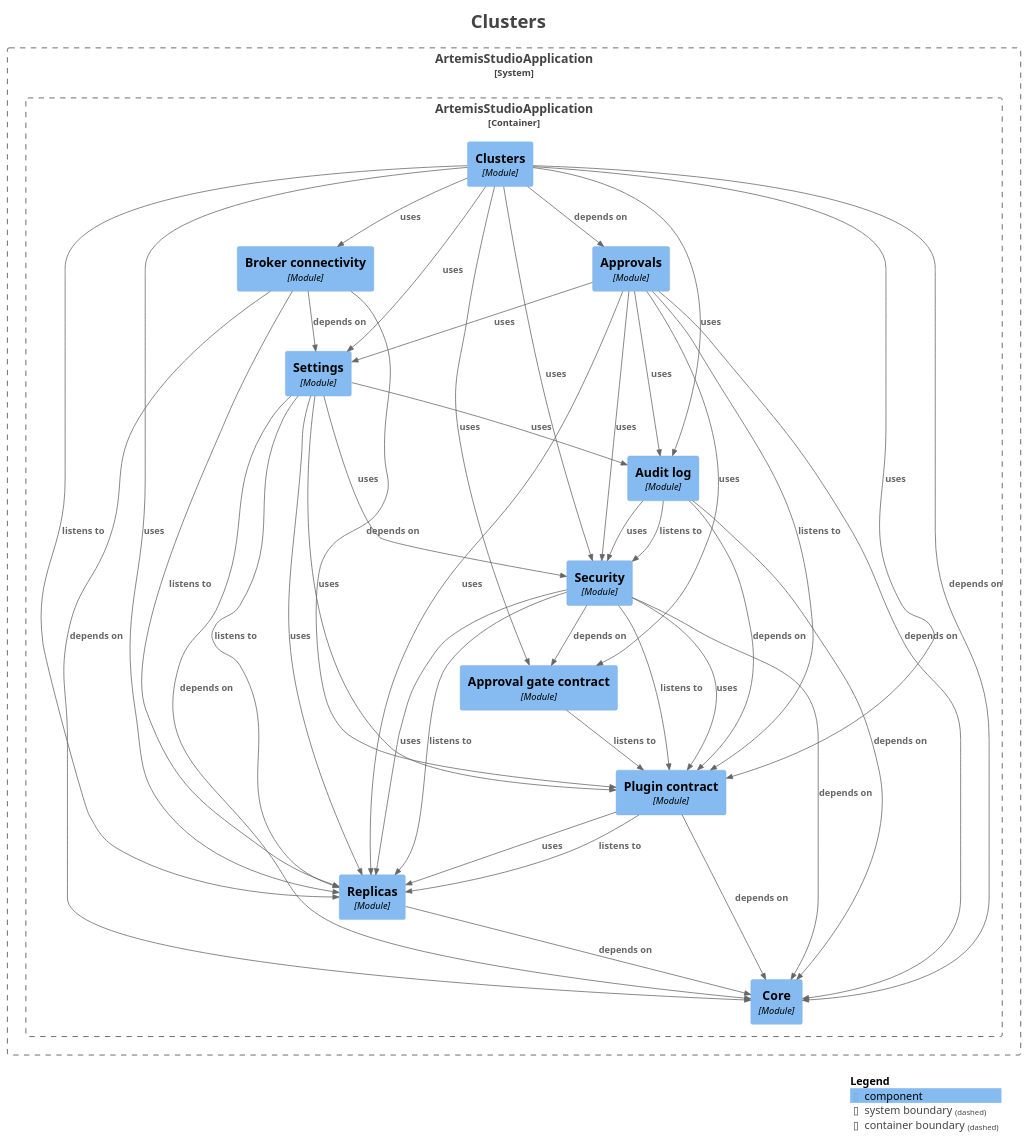
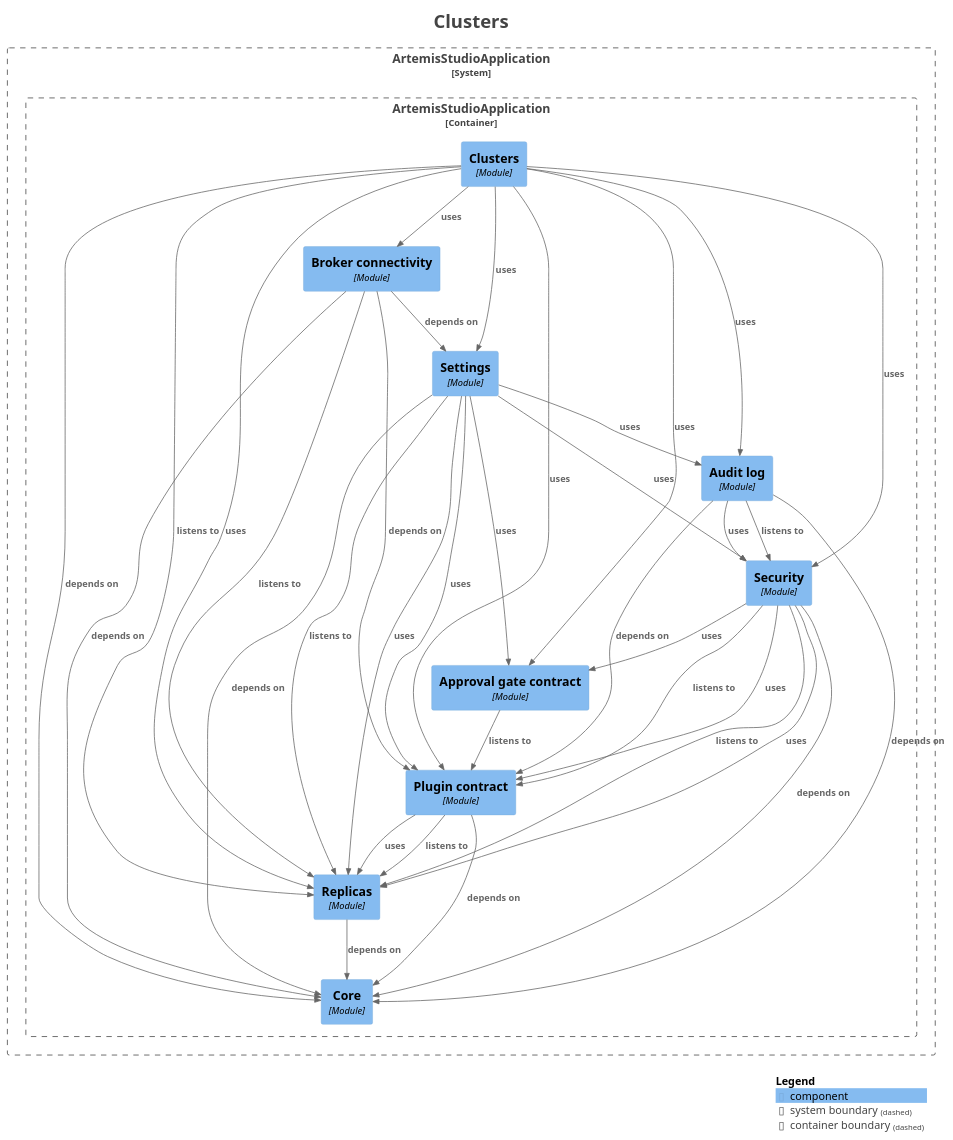
One commit to sudoitir/artemis-studio changed the diagram in docs/modules/module-platform.clusters.puml. Above: the diagram before and after it, drawn with PlantUML. The commit also changed 13 other files, not shown here.

Commit message:
docs(modules): regenerate the module diagrams for the gate contract's held response and leases

```diff
--- a/docs/modules/module-platform.clusters.puml
+++ b/docs/modules/module-platform.clusters.puml
@@ -1,79 +1,71 @@
 @startuml
 title <size:24>Clusters</size>
 
 set separator none
 top to bottom direction
 
 <style>
   root {
     BackgroundColor: #ffffff
     FontColor: #444444
   }
 </style>
 
 !include <C4/C4>
 !include <C4/C4_Context>
 !include <C4/C4_Component>
 
 System_Boundary("ArtemisStudioApplication_boundary", "ArtemisStudioApplication", $tags="") {
   Container_Boundary("ArtemisStudioApplication.ArtemisStudioApplication_boundary", "ArtemisStudioApplication", $tags="") {
     Component(ArtemisStudioApplication.ArtemisStudioApplication.Approvalgatecontract, "Approval gate contract", $techn="Module", $descr="", $tags="", $link="")
-    Component(ArtemisStudioApplication.ArtemisStudioApplication.Approvals, "Approvals", $techn="Module", $descr="", $tags="", $link="")
     Component(ArtemisStudioApplication.ArtemisStudioApplication.Auditlog, "Audit log", $techn="Module", $descr="", $tags="", $link="")
     Component(ArtemisStudioApplication.ArtemisStudioApplication.Brokerconnectivity, "Broker connectivity", $techn="Module", $descr="", $tags="", $link="")
     Component(ArtemisStudioApplication.ArtemisStudioApplication.Clusters, "Clusters", $techn="Module", $descr="", $tags="", $link="")
     Component(ArtemisStudioApplication.ArtemisStudioApplication.Core, "Core", $techn="Module", $descr="", $tags="", $link="")
     Component(ArtemisStudioApplication.ArtemisStudioApplication.Plugincontract, "Plugin contract", $techn="Module", $descr="", $tags="", $link="")
     Component(ArtemisStudioApplication.ArtemisStudioApplication.Replicas, "Replicas", $techn="Module", $descr="", $tags="", $link="")
     Component(ArtemisStudioApplication.ArtemisStudioApplication.Security, "Security", $techn="Module", $descr="", $tags="", $link="")
     Component(ArtemisStudioApplication.ArtemisStudioApplication.Settings, "Settings", $techn="Module", $descr="", $tags="", $link="")
   }
 
 }
 
 Rel(ArtemisStudioApplication.ArtemisStudioApplication.Approvalgatecontract, ArtemisStudioApplication.ArtemisStudioApplication.Plugincontract, "listens to", $techn="", $tags="", $link="")
-Rel(ArtemisStudioApplication.ArtemisStudioApplication.Approvals, ArtemisStudioApplication.ArtemisStudioApplication.Approvalgatecontract, "uses", $techn="", $tags="", $link="")
-Rel(ArtemisStudioApplication.ArtemisStudioApplication.Approvals, ArtemisStudioApplication.ArtemisStudioApplication.Auditlog, "uses", $techn="", $tags="", $link="")
-Rel(ArtemisStudioApplication.ArtemisStudioApplication.Approvals, ArtemisStudioApplication.ArtemisStudioApplication.Core, "depends on", $techn="", $tags="", $link="")
-Rel(ArtemisStudioApplication.ArtemisStudioApplication.Approvals, ArtemisStudioApplication.ArtemisStudioApplication.Plugincontract, "listens to", $techn="", $tags="", $link="")
-Rel(ArtemisStudioApplication.ArtemisStudioApplication.Approvals, ArtemisStudioApplication.ArtemisStudioApplication.Replicas, "uses", $techn="", $tags="", $link="")
-Rel(ArtemisStudioApplication.ArtemisStudioApplication.Approvals, ArtemisStudioApplication.ArtemisStudioApplication.Security, "uses", $techn="", $tags="", $link="")
-Rel(ArtemisStudioApplication.ArtemisStudioApplication.Approvals, ArtemisStudioApplication.ArtemisStudioApplication.Settings, "uses", $techn="", $tags="", $link="")
 Rel(ArtemisStudioApplication.ArtemisStudioApplication.Auditlog, ArtemisStudioApplication.ArtemisStudioApplication.Core, "depends on", $techn="", $tags="", $link="")
 Rel(ArtemisStudioApplication.ArtemisStudioApplication.Auditlog, ArtemisStudioApplication.ArtemisStudioApplication.Plugincontract, "depends on", $techn="", $tags="", $link="")
 Rel(ArtemisStudioApplication.ArtemisStudioApplication.Auditlog, ArtemisStudioApplication.ArtemisStudioApplication.Security, "listens to", $techn="", $tags="", $link="")
 Rel(ArtemisStudioApplication.ArtemisStudioApplication.Auditlog, ArtemisStudioApplication.ArtemisStudioApplication.Security, "uses", $techn="", $tags="", $link="")
 Rel(ArtemisStudioApplication.ArtemisStudioApplication.Brokerconnectivity, ArtemisStudioApplication.ArtemisStudioApplication.Core, "depends on", $techn="", $tags="", $link="")
 Rel(ArtemisStudioApplication.ArtemisStudioApplication.Brokerconnectivity, ArtemisStudioApplication.ArtemisStudioApplication.Plugincontract, "depends on", $techn="", $tags="", $link="")
 Rel(ArtemisStudioApplication.ArtemisStudioApplication.Brokerconnectivity, ArtemisStudioApplication.ArtemisStudioApplication.Replicas, "listens to", $techn="", $tags="", $link="")
 Rel(ArtemisStudioApplication.ArtemisStudioApplication.Brokerconnectivity, ArtemisStudioApplication.ArtemisStudioApplication.Settings, "depends on", $techn="", $tags="", $link="")
 Rel(ArtemisStudioApplication.ArtemisStudioApplication.Clusters, ArtemisStudioApplication.ArtemisStudioApplication.Approvalgatecontract, "uses", $techn="", $tags="", $link="")
-Rel(ArtemisStudioApplication.ArtemisStudioApplication.Clusters, ArtemisStudioApplication.ArtemisStudioApplication.Approvals, "depends on", $techn="", $tags="", $link="")
 Rel(ArtemisStudioApplication.ArtemisStudioApplication.Clusters, ArtemisStudioApplication.ArtemisStudioApplication.Auditlog, "uses", $techn="", $tags="", $link="")
 Rel(ArtemisStudioApplication.ArtemisStudioApplication.Clusters, ArtemisStudioApplication.ArtemisStudioApplication.Brokerconnectivity, "uses", $techn="", $tags="", $link="")
 Rel(ArtemisStudioApplication.ArtemisStudioApplication.Clusters, ArtemisStudioApplication.ArtemisStudioApplication.Core, "depends on", $techn="", $tags="", $link="")
 Rel(ArtemisStudioApplication.ArtemisStudioApplication.Clusters, ArtemisStudioApplication.ArtemisStudioApplication.Plugincontract, "uses", $techn="", $tags="", $link="")
 Rel(ArtemisStudioApplication.ArtemisStudioApplication.Clusters, ArtemisStudioApplication.ArtemisStudioApplication.Replicas, "listens to", $techn="", $tags="", $link="")
 Rel(ArtemisStudioApplication.ArtemisStudioApplication.Clusters, ArtemisStudioApplication.ArtemisStudioApplication.Replicas, "uses", $techn="", $tags="", $link="")
 Rel(ArtemisStudioApplication.ArtemisStudioApplication.Clusters, ArtemisStudioApplication.ArtemisStudioApplication.Security, "uses", $techn="", $tags="", $link="")
 Rel(ArtemisStudioApplication.ArtemisStudioApplication.Clusters, ArtemisStudioApplication.ArtemisStudioApplication.Settings, "uses", $techn="", $tags="", $link="")
 Rel(ArtemisStudioApplication.ArtemisStudioApplication.Plugincontract, ArtemisStudioApplication.ArtemisStudioApplication.Core, "depends on", $techn="", $tags="", $link="")
 Rel(ArtemisStudioApplication.ArtemisStudioApplication.Plugincontract, ArtemisStudioApplication.ArtemisStudioApplication.Replicas, "listens to", $techn="", $tags="", $link="")
 Rel(ArtemisStudioApplication.ArtemisStudioApplication.Plugincontract, ArtemisStudioApplication.ArtemisStudioApplication.Replicas, "uses", $techn="", $tags="", $link="")
 Rel(ArtemisStudioApplication.ArtemisStudioApplication.Replicas, ArtemisStudioApplication.ArtemisStudioApplication.Core, "depends on", $techn="", $tags="", $link="")
-Rel(ArtemisStudioApplication.ArtemisStudioApplication.Security, ArtemisStudioApplication.ArtemisStudioApplication.Approvalgatecontract, "depends on", $techn="", $tags="", $link="")
+Rel(ArtemisStudioApplication.ArtemisStudioApplication.Security, ArtemisStudioApplication.ArtemisStudioApplication.Approvalgatecontract, "uses", $techn="", $tags="", $link="")
 Rel(ArtemisStudioApplication.ArtemisStudioApplication.Security, ArtemisStudioApplication.ArtemisStudioApplication.Core, "depends on", $techn="", $tags="", $link="")
 Rel(ArtemisStudioApplication.ArtemisStudioApplication.Security, ArtemisStudioApplication.ArtemisStudioApplication.Plugincontract, "listens to", $techn="", $tags="", $link="")
 Rel(ArtemisStudioApplication.ArtemisStudioApplication.Security, ArtemisStudioApplication.ArtemisStudioApplication.Plugincontract, "uses", $techn="", $tags="", $link="")
 Rel(ArtemisStudioApplication.ArtemisStudioApplication.Security, ArtemisStudioApplication.ArtemisStudioApplication.Replicas, "listens to", $techn="", $tags="", $link="")
 Rel(ArtemisStudioApplication.ArtemisStudioApplication.Security, ArtemisStudioApplication.ArtemisStudioApplication.Replicas, "uses", $techn="", $tags="", $link="")
+Rel(ArtemisStudioApplication.ArtemisStudioApplication.Settings, ArtemisStudioApplication.ArtemisStudioApplication.Approvalgatecontract, "uses", $techn="", $tags="", $link="")
 Rel(ArtemisStudioApplication.ArtemisStudioApplication.Settings, ArtemisStudioApplication.ArtemisStudioApplication.Auditlog, "uses", $techn="", $tags="", $link="")
 Rel(ArtemisStudioApplication.ArtemisStudioApplication.Settings, ArtemisStudioApplication.ArtemisStudioApplication.Core, "depends on", $techn="", $tags="", $link="")
 Rel(ArtemisStudioApplication.ArtemisStudioApplication.Settings, ArtemisStudioApplication.ArtemisStudioApplication.Plugincontract, "uses", $techn="", $tags="", $link="")
 Rel(ArtemisStudioApplication.ArtemisStudioApplication.Settings, ArtemisStudioApplication.ArtemisStudioApplication.Replicas, "listens to", $techn="", $tags="", $link="")
 Rel(ArtemisStudioApplication.ArtemisStudioApplication.Settings, ArtemisStudioApplication.ArtemisStudioApplication.Replicas, "uses", $techn="", $tags="", $link="")
 Rel(ArtemisStudioApplication.ArtemisStudioApplication.Settings, ArtemisStudioApplication.ArtemisStudioApplication.Security, "uses", $techn="", $tags="", $link="")
 
 SHOW_LEGEND(true)
 hide stereotypes
 @enduml
```
